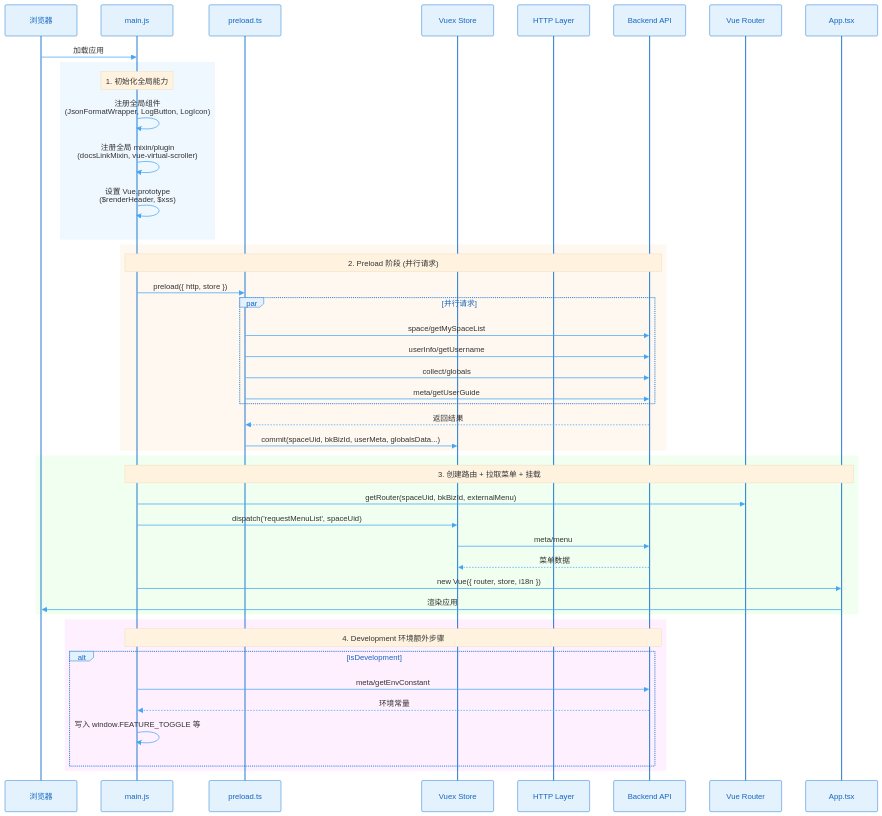
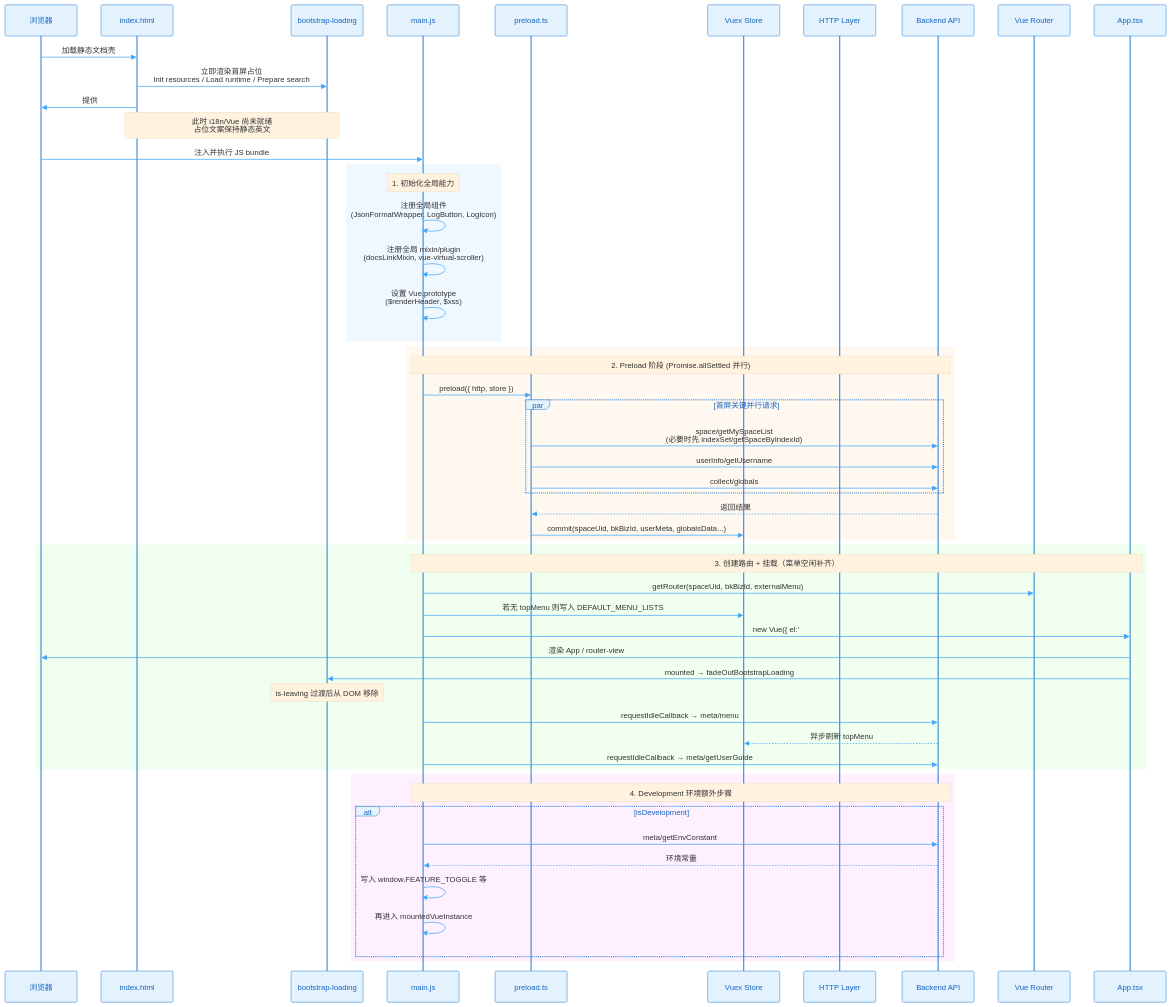
Before and after one commit to TencentBlueKing/bk-monitor: the diagram in bklog/web/.docs/diagrams/B-应用启动时序图.mmd, drawn with Mermaid. The commit also changed 11 other files, not shown here.

Commit message:
feat: update diagrams

```diff
--- a/bklog/web/.docs/diagrams/B-应用启动时序图.mmd
+++ b/bklog/web/.docs/diagrams/B-应用启动时序图.mmd
@@ -1,53 +1,61 @@
 %%{init: {'theme': 'base', 'themeVariables': { 'actorBkg': '#e3f2fd', 'actorTextColor': '#1565c0', 'actorBorder': '#1976d2', 'signalColor': '#42a5f5', 'noteBkgColor': '#fff3e0'}}}%%
 sequenceDiagram
     participant Browser as 浏览器
+    participant HTML as index.html
+    participant Loading as bootstrap-loading
     participant Main as main.js
     participant Preload as preload.ts
     participant Store as Vuex Store
     participant HTTP as HTTP Layer
     participant API as Backend API
     participant Router as Vue Router
     participant App as App.tsx
 
-    Browser->>Main: 加载应用
-    
+    Browser->>HTML: 加载静态文档壳
+    HTML->>Loading: 立即渲染首屏占位<br/>Init resources / Load runtime / Prepare search
+    HTML->>Browser: 提供 #app 挂载点
+    Note over HTML,Loading: 此时 i18n/Vue 尚未就绪<br/>占位文案保持静态英文
+
+    Browser->>Main: 注入并执行 JS bundle
+
     rect rgb(240, 248, 255)
         Note over Main: 1. 初始化全局能力
         Main->>Main: 注册全局组件<br/>(JsonFormatWrapper, LogButton, LogIcon)
         Main->>Main: 注册全局 mixin/plugin<br/>(docsLinkMixin, vue-virtual-scroller)
         Main->>Main: 设置 Vue.prototype<br/>($renderHeader, $xss)
     end
 
     rect rgb(255, 248, 240)
-        Note over Main, API: 2. Preload 阶段 (并行请求)
+        Note over Main, API: 2. Preload 阶段 (Promise.allSettled 并行)
         Main->>Preload: preload({ http, store })
-        
-        par 并行请求
-            Preload->>API: space/getMySpaceList
+        par 首屏关键并行请求
+            Preload->>API: space/getMySpaceList<br/>(必要时先 indexSet/getSpaceByIndexId)
             Preload->>API: userInfo/getUsername
             Preload->>API: collect/globals
-            Preload->>API: meta/getUserGuide
         end
-        
         API-->>Preload: 返回结果
         Preload->>Store: commit(spaceUid, bkBizId, userMeta, globalsData...)
     end
 
     rect rgb(240, 255, 240)
-        Note over Main, App: 3. 创建路由 + 拉取菜单 + 挂载
+        Note over Main, App: 3. 创建路由 + 挂载（菜单空闲补齐）
         Main->>Router: getRouter(spaceUid, bkBizId, externalMenu)
-        Main->>Store: dispatch('requestMenuList', spaceUid)
-        Store->>API: meta/menu
-        API-->>Store: 菜单数据
-        Main->>App: new Vue({ router, store, i18n })
-        App->>Browser: 渲染应用
+        Main->>Store: 若无 topMenu 则写入 DEFAULT_MENU_LISTS
+        Main->>App: new Vue({ el:'#app', router, store, i18n })
+        App->>Browser: 渲染 App / router-view
+        App->>Loading: mounted → fadeOutBootstrapLoading
+        Note over Loading: is-leaving 过渡后从 DOM 移除
+        Main->>API: requestIdleCallback → meta/menu
+        API-->>Store: 异步刷新 topMenu
+        Main->>API: requestIdleCallback → meta/getUserGuide
     end
 
     rect rgb(255, 240, 255)
         Note over Main, API: 4. Development 环境额外步骤
         alt isDevelopment
             Main->>API: meta/getEnvConstant
             API-->>Main: 环境常量
             Main->>Main: 写入 window.FEATURE_TOGGLE 等
+            Main->>Main: 再进入 mountedVueInstance
         end
     end
```
